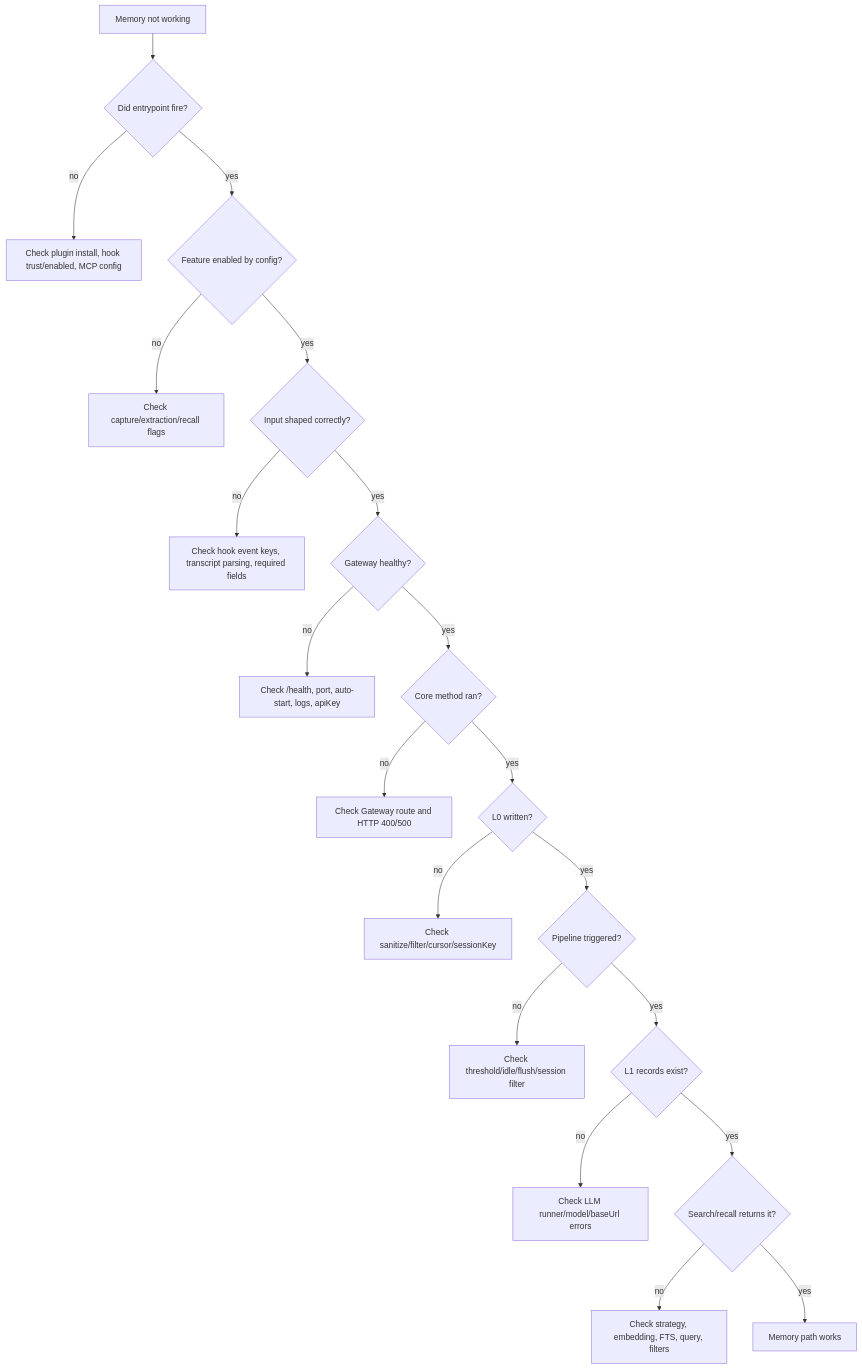
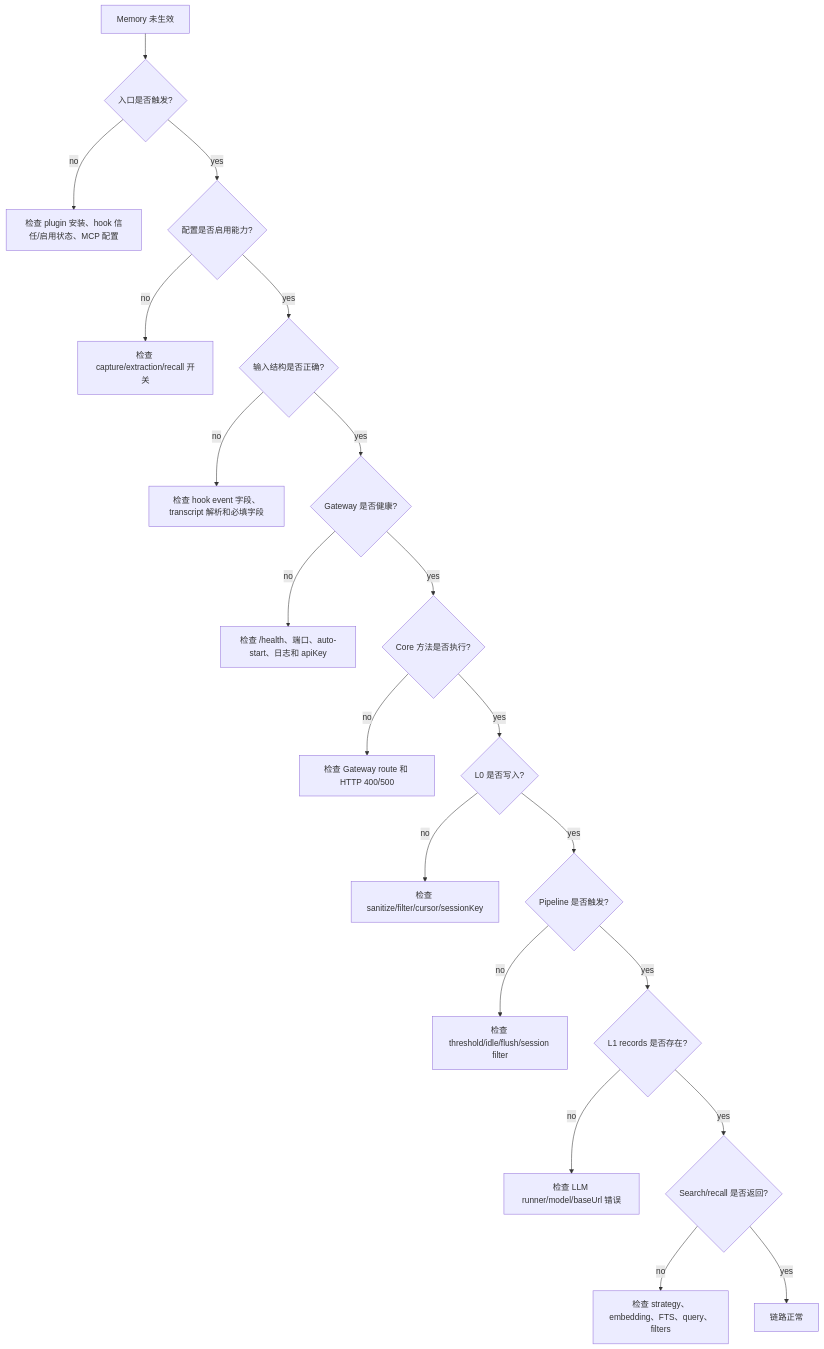
One commit to soongao/TencentDB-Agent-Memory changed the diagram in Rhino-Bird/tdai-memory-dissection/09-debug-playbook.md. Above: the diagram before and after it, drawn with Mermaid. The commit also changed other lines of this file and 17 other files, not shown here.

````diff
--- a/Rhino-Bird/tdai-memory-dissection/09-debug-playbook.md
+++ b/Rhino-Bird/tdai-memory-dissection/09-debug-playbook.md
@@ -5,22 +5,22 @@
 ```mermaid
 flowchart TD
-  Start["Memory not working"] --> Entry{"Did entrypoint fire?"}
-  Entry -->|no| HookTrust["Check plugin install, hook trust/enabled, MCP config"]
-  Entry -->|yes| Config{"Feature enabled by config?"}
-  Config -->|no| Enable["Check capture/extraction/recall flags"]
-  Config -->|yes| Input{"Input shaped correctly?"}
-  Input -->|no| Shape["Check hook event keys, transcript parsing, required fields"]
-  Input -->|yes| Gateway{"Gateway healthy?"}
-  Gateway -->|no| GWFix["Check /health, port, auto-start, logs, apiKey"]
-  Gateway -->|yes| Core{"Core method ran?"}
-  Core -->|no| Route["Check Gateway route and HTTP 400/500"]
-  Core -->|yes| L0{"L0 written?"}
-  L0 -->|no| Filter["Check sanitize/filter/cursor/sessionKey"]
-  L0 -->|yes| Async{"Pipeline triggered?"}
-  Async -->|no| Trigger["Check threshold/idle/flush/session filter"]
-  Async -->|yes| L1{"L1 records exist?"}
-  L1 -->|no| LLM["Check LLM runner/model/baseUrl errors"]
-  L1 -->|yes| Recall{"Search/recall returns it?"}
-  Recall -->|no| Search["Check strategy, embedding, FTS, query, filters"]
-  Recall -->|yes| Done["Memory path works"]
+  Start["Memory 未生效"] --> Entry{"入口是否触发?"}
+  Entry -->|no| HookTrust["检查 plugin 安装、hook 信任/启用状态、MCP 配置"]
+  Entry -->|yes| Config{"配置是否启用能力?"}
+  Config -->|no| Enable["检查 capture/extraction/recall 开关"]
+  Config -->|yes| Input{"输入结构是否正确?"}
+  Input -->|no| Shape["检查 hook event 字段、transcript 解析和必填字段"]
+  Input -->|yes| Gateway{"Gateway 是否健康?"}
+  Gateway -->|no| GWFix["检查 /health、端口、auto-start、日志和 apiKey"]
+  Gateway -->|yes| Core{"Core 方法是否执行?"}
+  Core -->|no| Route["检查 Gateway route 和 HTTP 400/500"]
+  Core -->|yes| L0{"L0 是否写入?"}
+  L0 -->|no| Filter["检查 sanitize/filter/cursor/sessionKey"]
+  L0 -->|yes| Async{"Pipeline 是否触发?"}
+  Async -->|no| Trigger["检查 threshold/idle/flush/session filter"]
+  Async -->|yes| L1{"L1 records 是否存在?"}
+  L1 -->|no| LLM["检查 LLM runner/model/baseUrl 错误"]
+  L1 -->|yes| Recall{"Search/recall 是否返回?"}
+  Recall -->|no| Search["检查 strategy、embedding、FTS、query、filters"]
+  Recall -->|yes| Done["链路正常"]
 ```
````
